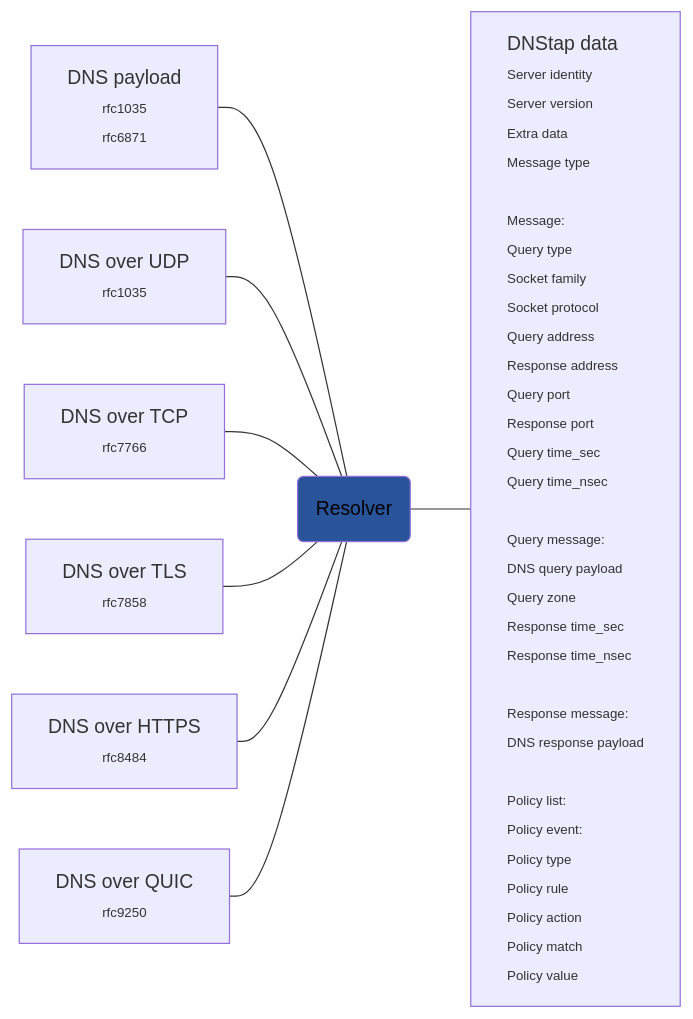
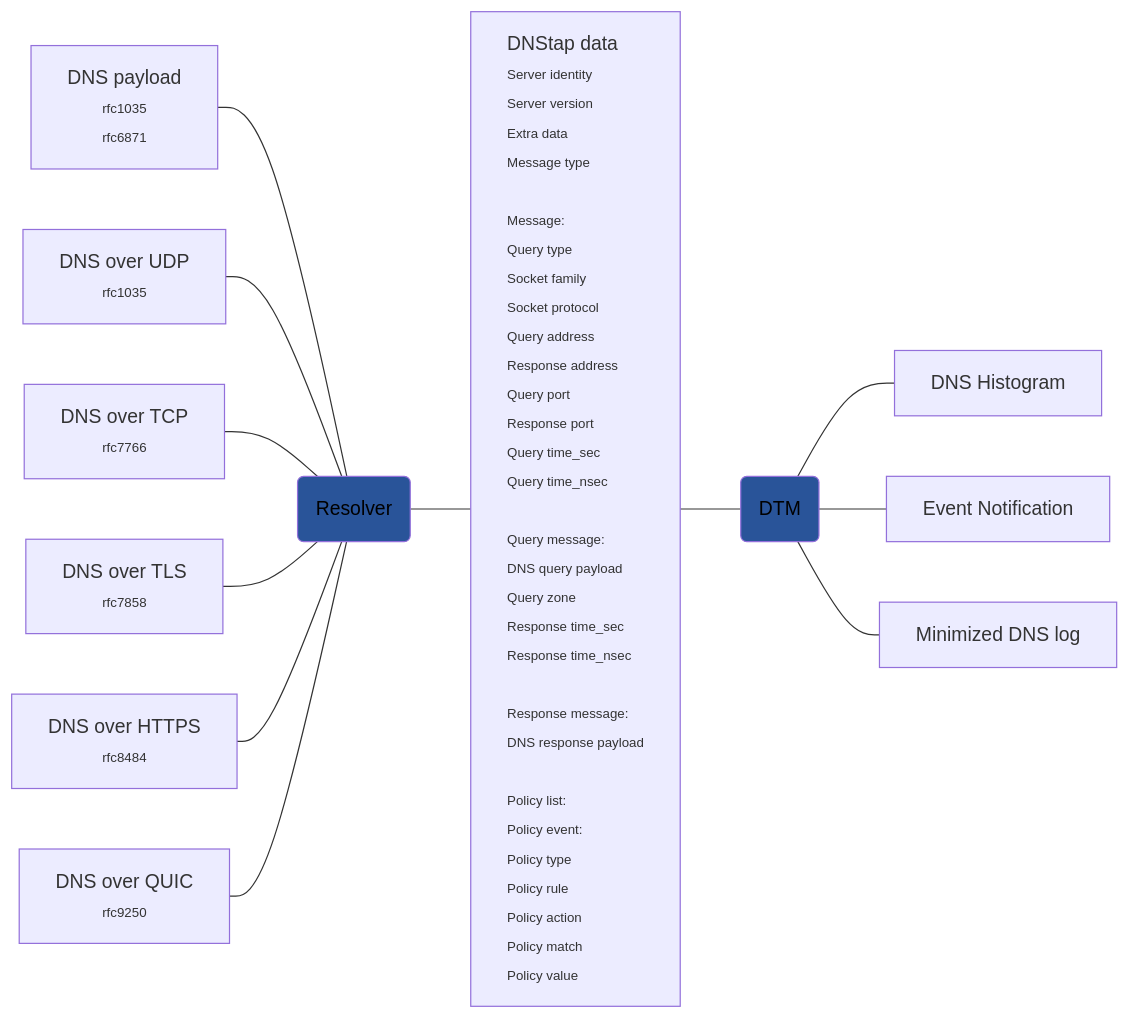
One commit to dnstapir/datasets changed the diagram in dnsdataflow.md. Above: the diagram before and after it, drawn with Mermaid.

````diff
--- a/dnsdataflow.md
+++ b/dnsdataflow.md
@@ -1,68 +1,72 @@
 ```mermaid
 
 %%{
   init: {
   "theme": "dark",
   "themeVariables": {
     "fontFamily": "monospace"
   }
 }%%
 
 flowchart LR
     A[DNS payload 
     <span style="font-size:11px;text-align:left;">rfc1035
     rfc6871</span>
 ] --- R(Resolver)
     B[DNS over UDP
     <span style="font-size:11px;">rfc1035
     </span>] --- R
     C[DNS over TCP
     <span style="font-size:11px;">rfc7766
     </span>] --- R
     D[DNS over TLS
     <span style="font-size:11px;">rfc7858
     </span>] --- R
     E[DNS over HTTPS
     <span style="font-size:11px;">rfc8484
     </span>] --- R
     F[DNS over QUIC
     <span style="font-size:11px;">rfc9250
     </span>] --- R
-  R --- T[DNStap data 
+  R:::service --- T[DNStap data 
     <span style="font-size:11px;">Server identity
     Server version
     Extra data
     Message type
 
     Message:
       Query type
       Socket family
       Socket protocol
       Query address
       Response address
       Query port
       Response port
       Query time_sec
       Query time_nsec
 
 Query message:
 DNS query payload
 Query zone
 Response time_sec
 Response time_nsec
 
 Response message:
 DNS response payload
 
 Policy list:
 Policy event:
 Policy type
 Policy rule
 Policy action
 Policy match
 Policy value
 </span>]
+T --- DTM(DTM):::service
+DTM --- Hist[DNS Histogram]
+DTM --- Event[Event Notification]
+DTM --- Mini[Minimized DNS log]
 
-style R fill:#295499,color:#000
+classDef service fill:#295499,color:#000
 style T text-align:left
 ```
````
